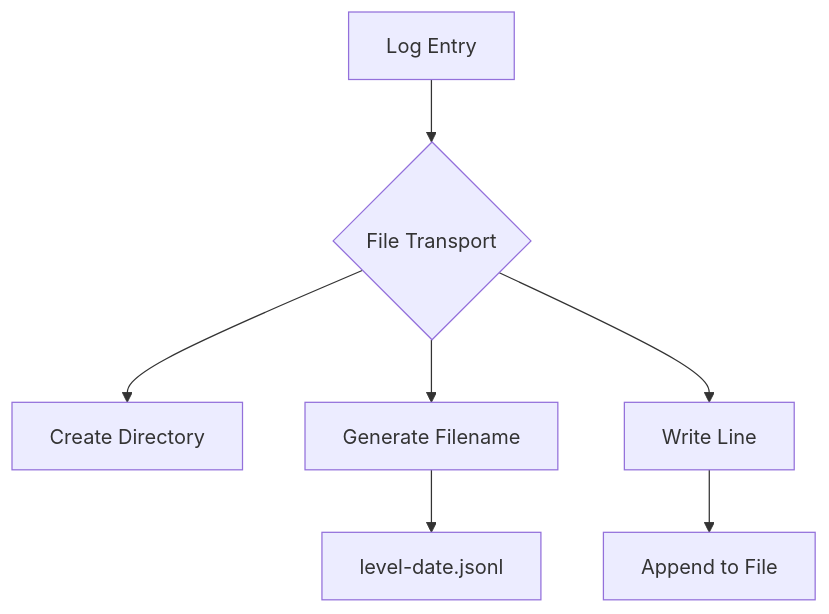
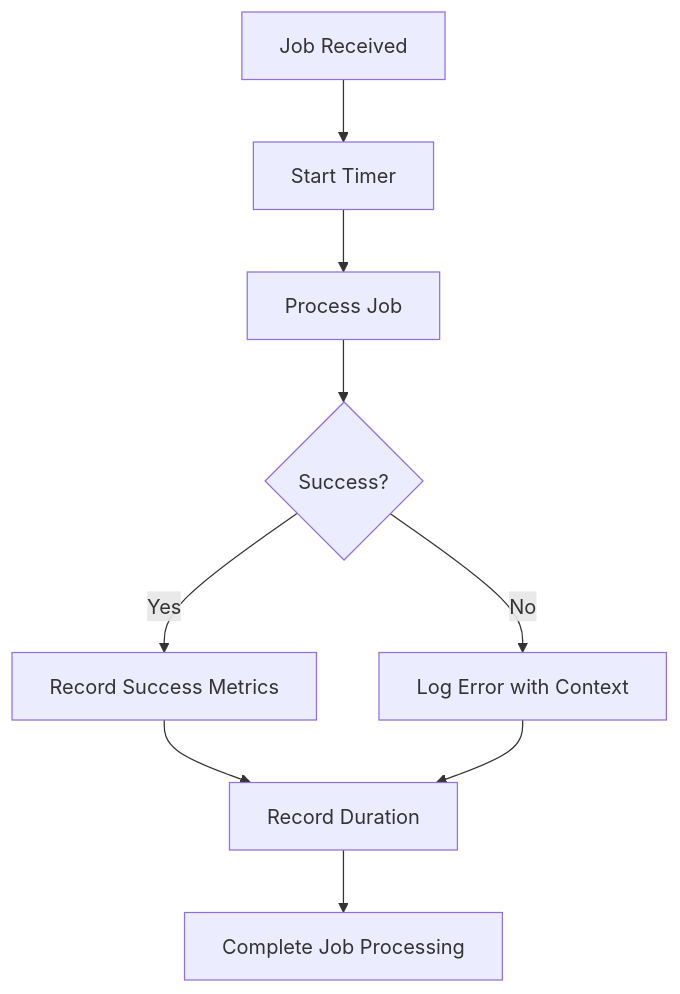
Before and after one commit to GurthBro0ks/slimy-monorepo: the eighth of 9 diagrams in .qoder/repowiki/en/content/Monitoring and Observability/Logging Strategy.md, drawn with Mermaid. The commit also changed other lines of this file and 87 other files, not shown here.

````diff
--- a/.qoder/repowiki/en/content/Monitoring and Observability/Logging Strategy.md
+++ b/.qoder/repowiki/en/content/Monitoring and Observability/Logging Strategy.md
@@ -125,9 +306,11 @@
 ```mermaid
 flowchart TD
-A[Log Entry] --> B{File Transport}
-B --> C[Create Directory]
-B --> D[Generate Filename]
-D --> E[level-date.jsonl]
-B --> F[Write Line]
-F --> G[Append to File]
+A[Job Received] --> B[Start Timer]
+B --> C[Process Job]
+C --> D{Success?}
+D --> |Yes| E[Record Success Metrics]
+D --> |No| F[Log Error with Context]
+E --> G[Record Duration]
+F --> G
+G --> H[Complete Job Processing]
 ```
````
